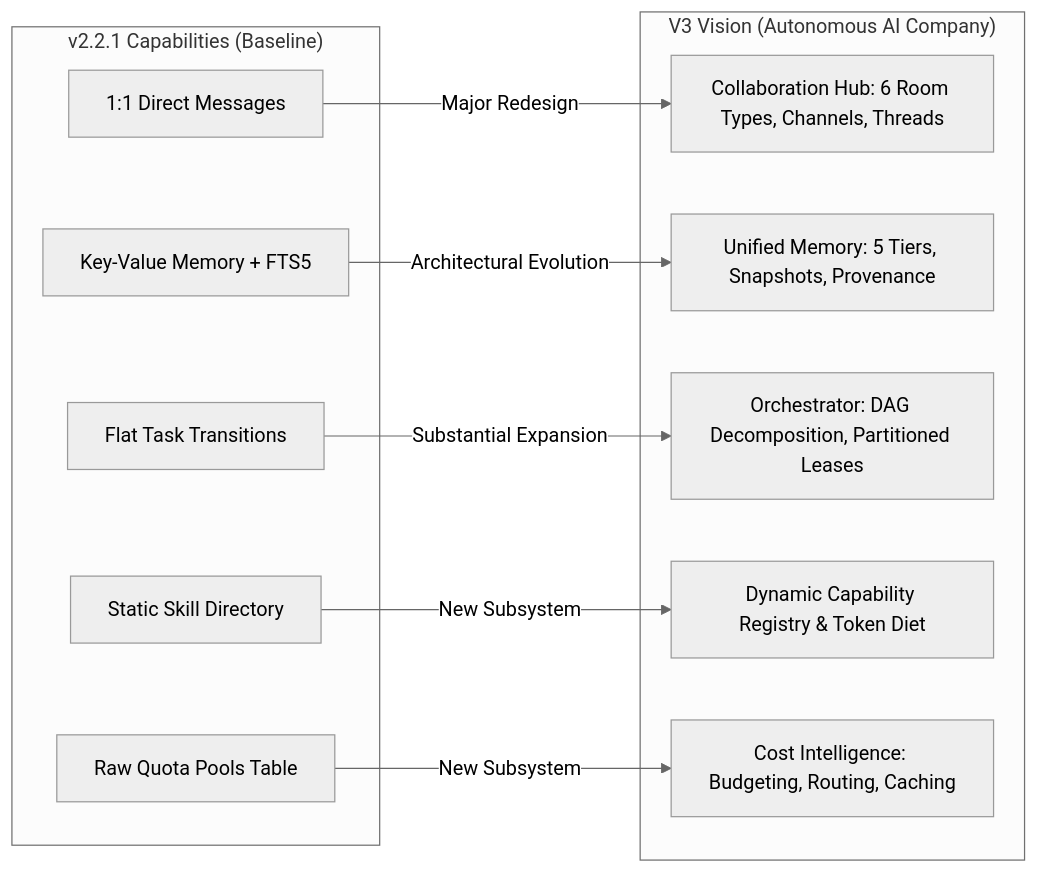
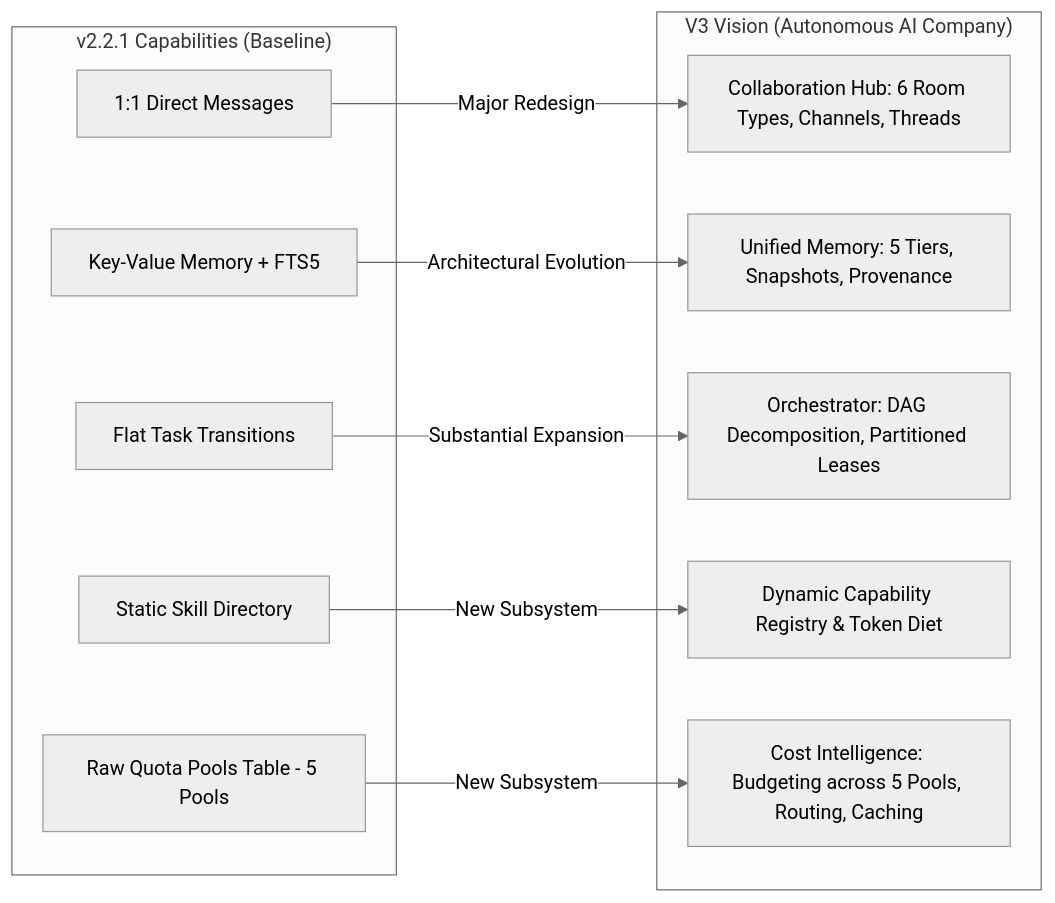
One commit to kietpro352010/AICO changed the diagram in docs/blueprint/v3/01_CURRENT_STATE_AND_GAP_ANALYSIS.md. Above: the diagram before and after it, drawn with Mermaid (neutral theme). The commit also changed other lines of this file and 11 other files, not shown here.

First line of the commit message:
docs(blueprint): reconcile v3 architecture, security gates, and contracts

````diff
--- a/docs/blueprint/v3/01_CURRENT_STATE_AND_GAP_ANALYSIS.md
+++ b/docs/blueprint/v3/01_CURRENT_STATE_AND_GAP_ANALYSIS.md
@@ -139,24 +144,24 @@
 ```mermaid
 graph LR
     subgraph V2["v2.2.1 Capabilities (Baseline)"]
         V2_Msg[1:1 Direct Messages]
         V2_Mem[Key-Value Memory + FTS5]
         V2_Task[Flat Task Transitions]
         V2_Skill[Static Skill Directory]
-        V2_Cost[Raw Quota Pools Table]
+        V2_Cost[Raw Quota Pools Table - 5 Pools]
     end
 
     subgraph V3["V3 Vision (Autonomous AI Company)"]
         V3_Msg[Collaboration Hub: 6 Room Types, Channels, Threads]
         V3_Mem[Unified Memory: 5 Tiers, Snapshots, Provenance]
         V3_Task[Orchestrator: DAG Decomposition, Partitioned Leases]
         V3_Skill[Dynamic Capability Registry & Token Diet]
-        V3_Cost[Cost Intelligence: Budgeting, Routing, Caching]
+        V3_Cost[Cost Intelligence: Budgeting across 5 Pools, Routing, Caching]
     end
 
     V2_Msg -->|Major Redesign| V3_Msg
     V2_Mem -->|Architectural Evolution| V3_Mem
     V2_Task -->|Substantial Expansion| V3_Task
     V2_Skill -->|New Subsystem| V3_Skill
     V2_Cost -->|New Subsystem| V3_Cost
 ```
````
